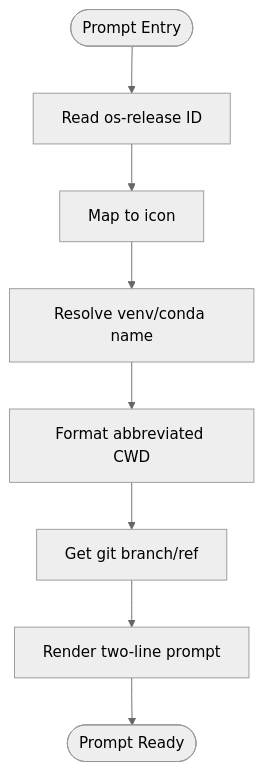
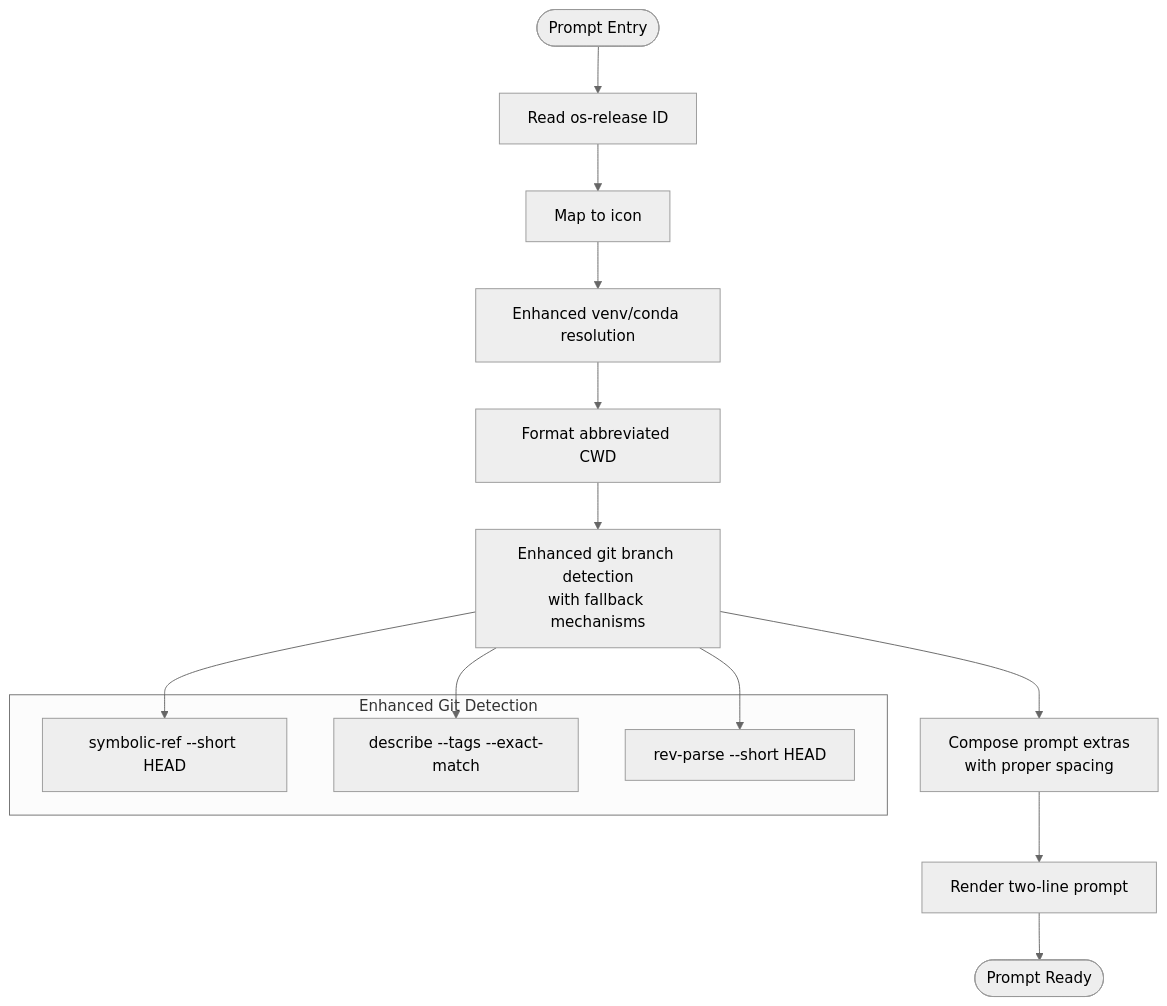
The seventh of 13 diagrams in .qoder/repowiki/en/content/Shell Configurations/Shell Configurations.md (cr8ivecodesmith/dotfiles), drawn with Mermaid (neutral theme) before and after one commit. The commit also changed other lines of this file and 5 other files, not shown here.

````diff
--- a/.qoder/repowiki/en/content/Shell Configurations/Shell Configurations.md
+++ b/.qoder/repowiki/en/content/Shell Configurations/Shell Configurations.md
@@ -280,10 +380,19 @@
 ```mermaid
 flowchart TD
 PStart(["Prompt Entry"]) --> OS["Read os-release ID"]
 OS --> DIcon["Map to icon"]
-DIcon --> Venv["Resolve venv/conda name"]
+DIcon --> Venv["Enhanced venv/conda resolution"]
 Venv --> CWD["Format abbreviated CWD"]
-CWD --> VCS["Get git branch/ref"]
-VCS --> Render["Render two-line prompt"]
+CWD --> VCS["Enhanced git branch detection<br/>with fallback mechanisms"]
+VCS --> Extras["Compose prompt extras<br/>with proper spacing"]
+Extras --> Render["Render two-line prompt"]
 Render --> PEnd(["Prompt Ready"])
+subgraph "Enhanced Git Detection"
+SymRef["symbolic-ref --short HEAD"]
+DescTag["describe --tags --exact-match"]
+ShortHead["rev-parse --short HEAD"]
+end
+VCS --> SymRef
+VCS --> DescTag
+VCS --> ShortHead
 ```
````
